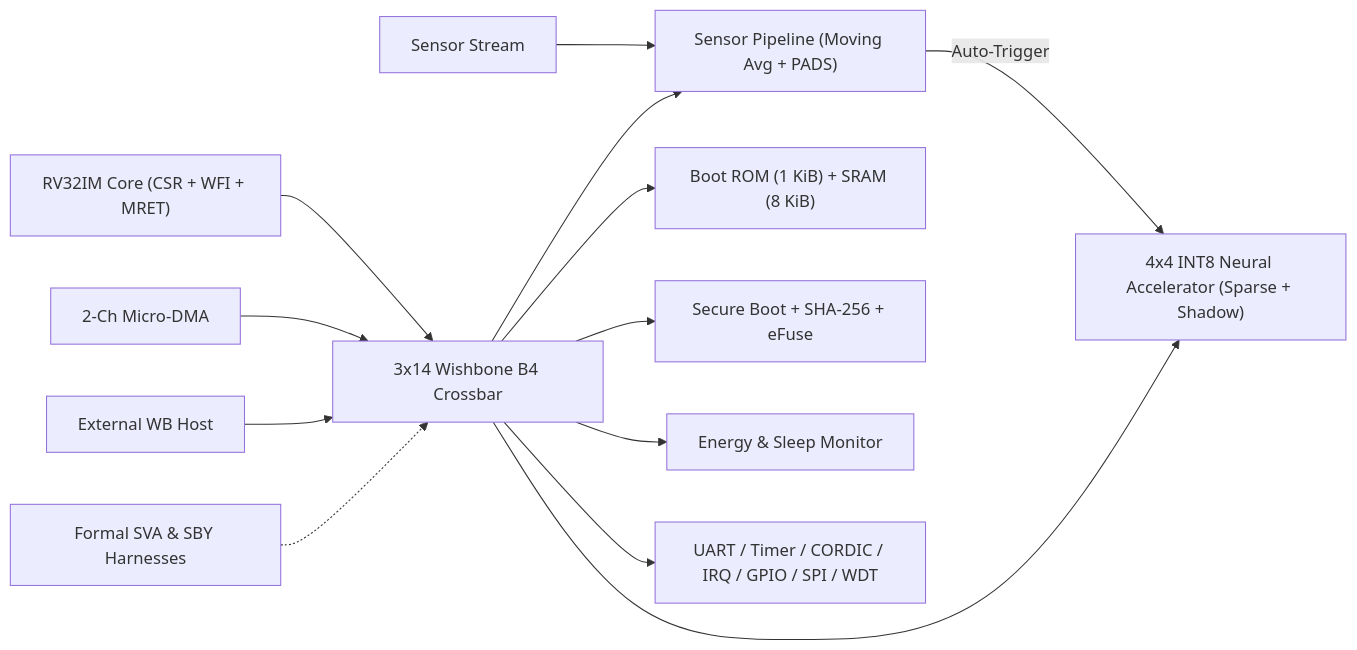
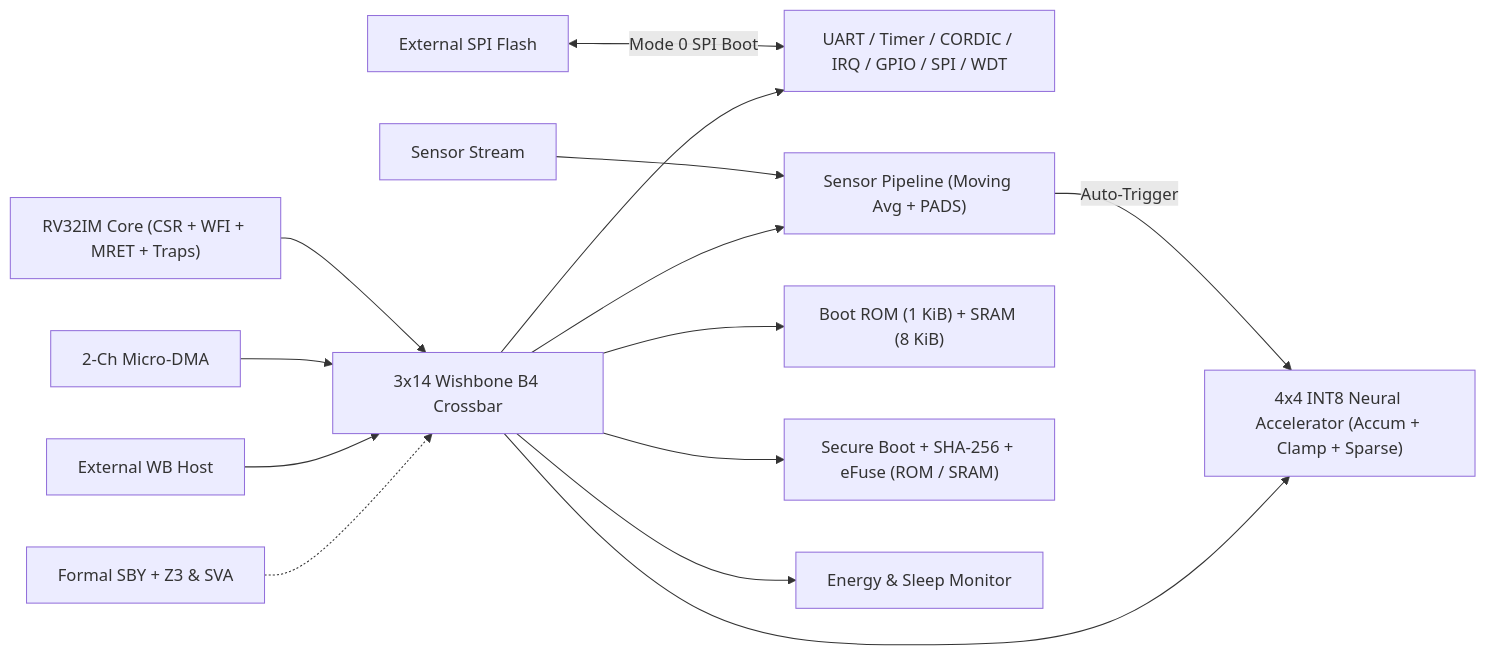
Before and after one commit to ak495867/ORX-1: the diagram in README.md, drawn with Mermaid. The commit also changed other lines of this file and 35 other files, not shown here.

First line of the commit message:
Expand boot, CPU, and formal verification

````diff
--- a/README.md
+++ b/README.md
@@ -29,15 +29,16 @@
 ```mermaid
 flowchart LR
+  SPI["External SPI Flash"] <-->|"Mode 0 SPI Boot"| IO["UART / Timer / CORDIC / IRQ / GPIO / SPI / WDT"]
   S["Sensor Stream"] --> P["Sensor Pipeline (Moving Avg + PADS)"]
-  P -->|"Auto-Trigger"| A["4x4 INT8 Neural Accelerator (Sparse + Shadow)"]
-  C["RV32IM Core (CSR + WFI + MRET)"] --> M["3x14 Wishbone B4 Crossbar"]
+  P -->|"Auto-Trigger"| A["4x4 INT8 Neural Accelerator (Accum + Clamp + Sparse)"]
+  C["RV32IM Core (CSR + WFI + MRET + Traps)"] --> M["3x14 Wishbone B4 Crossbar"]
   D["2-Ch Micro-DMA"] --> M
   H["External WB Host"] --> M
   M --> R["Boot ROM (1 KiB) + SRAM (8 KiB)"]
   M --> P
   M --> A
-  M --> B["Secure Boot + SHA-256 + eFuse"]
+  M --> B["Secure Boot + SHA-256 + eFuse (ROM / SRAM)"]
   M --> E["Energy & Sleep Monitor"]
-  M --> IO["UART / Timer / CORDIC / IRQ / GPIO / SPI / WDT"]
-  F["Formal SVA & SBY Harnesses"] -.-> M
+  M --> IO
+  F["Formal SBY + Z3 & SVA"] -.-> M
 ```
````
